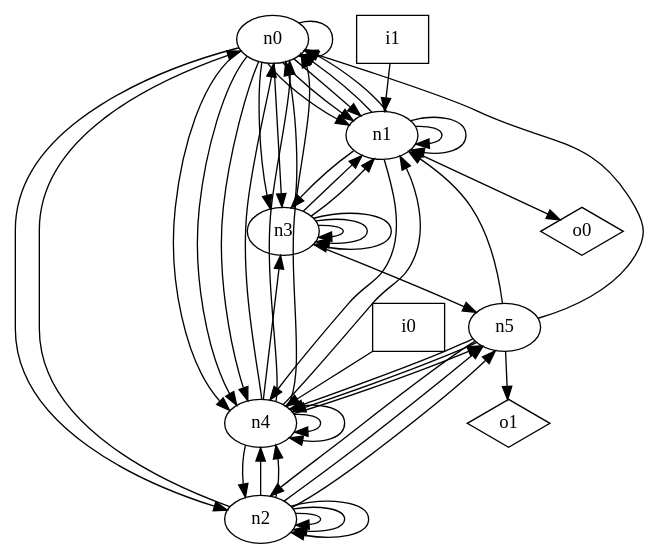
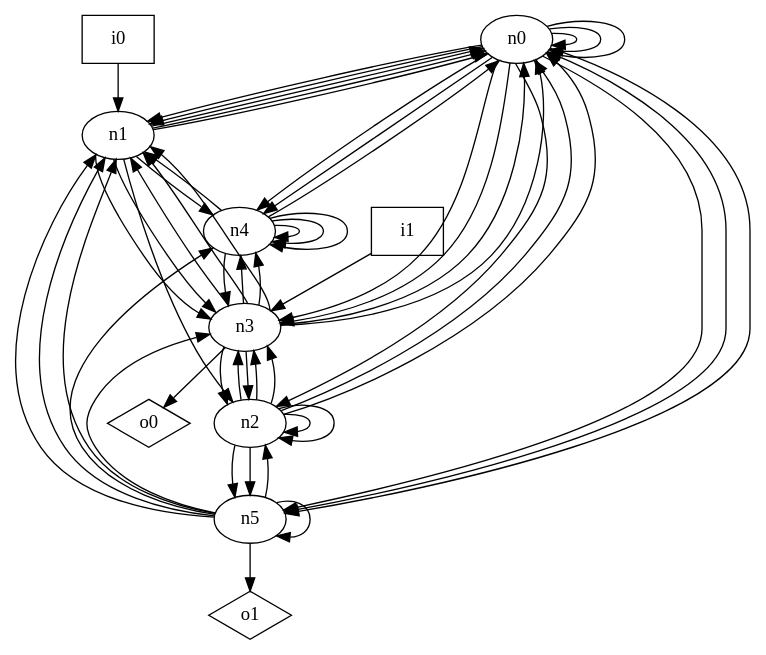
Before and after one commit to p9romain/bool-circuits: the diagram in dot_files/random_graph/graph.dot, drawn with Graphviz. The commit also changed 215 other files, not shown here.

```diff
--- a/dot_files/random_graph/graph.dot
+++ b/dot_files/random_graph/graph.dot
@@ -1,61 +1,67 @@
 digraph G {
 n0 [label="n0"];
 n1 [label="n1"];
 n2 [label="n2"];
 n3 [label="n3"];
 n4 [label="n4"];
 n5 [label="n5"];
 n6 [label="i0",shape="box"];
 n7 [label="i1",shape="box"];
 n8 [label="o0",shape="diamond"];
 n9 [label="o1",shape="diamond"];
 n0 -> n0
-n0 -> n1
+n0 -> n0
+n0 -> n0
 n0 -> n1
 n0 -> n1
 n0 -> n2
 n0 -> n3
 n0 -> n3
 n0 -> n4
 n0 -> n4
-n0 -> n4
+n0 -> n5
+n0 -> n5
+n0 -> n5
 n1 -> n0
 n1 -> n0
-n1 -> n1
-n1 -> n1
+n1 -> n0
+n1 -> n2
+n1 -> n3
 n1 -> n3
 n1 -> n4
-n1 -> n8
+n2 -> n0
 n2 -> n0
 n2 -> n2
 n2 -> n2
-n2 -> n2
-n2 -> n4
-n2 -> n4
+n2 -> n3
+n2 -> n3
+n2 -> n3
 n2 -> n5
 n2 -> n5
 n3 -> n0
+n3 -> n0
 n3 -> n1
 n3 -> n1
-n3 -> n3
-n3 -> n3
-n3 -> n3
-n3 -> n5
-n4 -> n0
-n4 -> n0
+n3 -> n1
+n3 -> n2
+n3 -> n2
+n3 -> n4
+n3 -> n4
+n3 -> n8
 n4 -> n0
 n4 -> n1
-n4 -> n2
 n4 -> n3
 n4 -> n4
 n4 -> n4
-n4 -> n5
-n5 -> n0
+n4 -> n4
+n5 -> n1
+n5 -> n1
 n5 -> n1
 n5 -> n2
+n5 -> n3
 n5 -> n4
-n5 -> n4
+n5 -> n5
 n5 -> n9
-n6 -> n4
-n7 -> n1
+n6 -> n1
+n7 -> n3
 }
```
